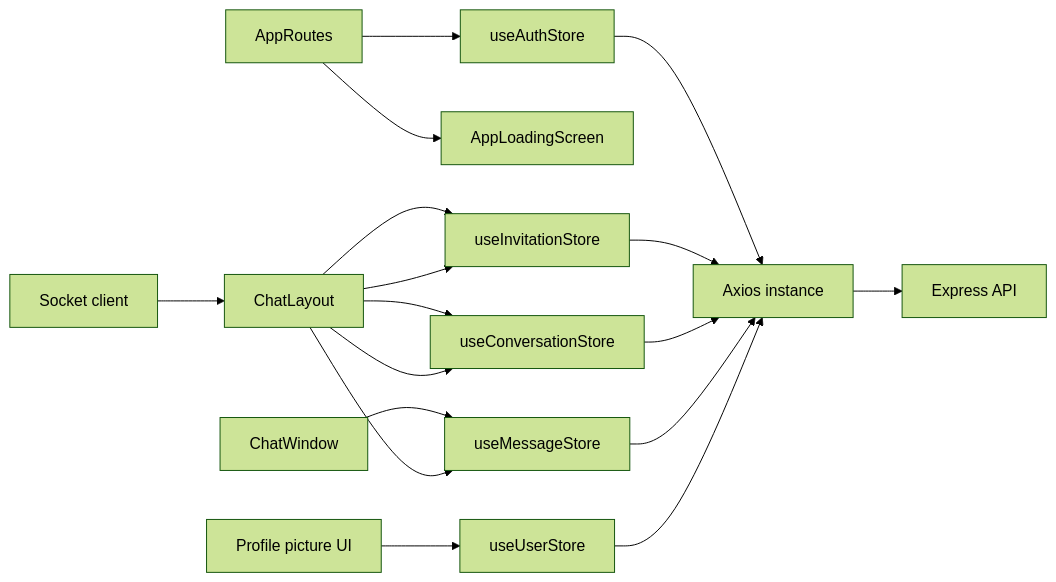
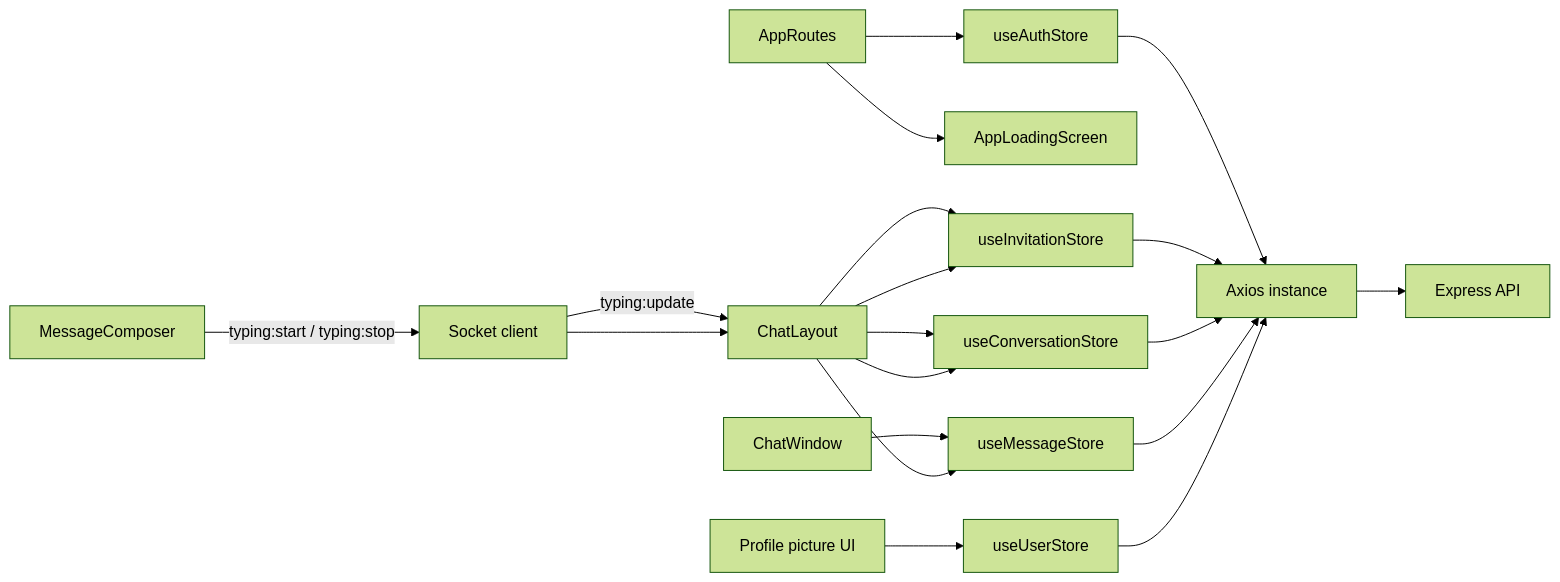
The sixth of 7 diagrams in docs/02-system-architecture.md (Saurav11343/click-chat), drawn with Mermaid (forest theme) before and after one commit. The commit also changed other lines of this file and 13 other files, not shown here.

````diff
--- a/docs/02-system-architecture.md
+++ b/docs/02-system-architecture.md
@@ -128,21 +130,23 @@
 ```mermaid
 flowchart LR
     AR["AppRoutes"] --> AS["useAuthStore"]
     AR --> LS["AppLoadingScreen"]
     CL["ChatLayout"] --> IS["useInvitationStore"]
     CL --> CS["useConversationStore"]
     CW["ChatWindow"] --> MS["useMessageStore"]
+    MC["MessageComposer"] -->|"typing:start / typing:stop"| SO
+    SO -->|"typing:update"| CL
     PP["Profile picture UI"] --> US["useUserStore"]
 
     AX["Axios instance"] --> API["Express API"]
     AS --> AX
     IS --> AX
     CS --> AX
     MS --> AX
     US --> AX
 
     SO["Socket client"] --> CL
     CL --> IS
     CL --> CS
     CL --> MS
 ```
````
